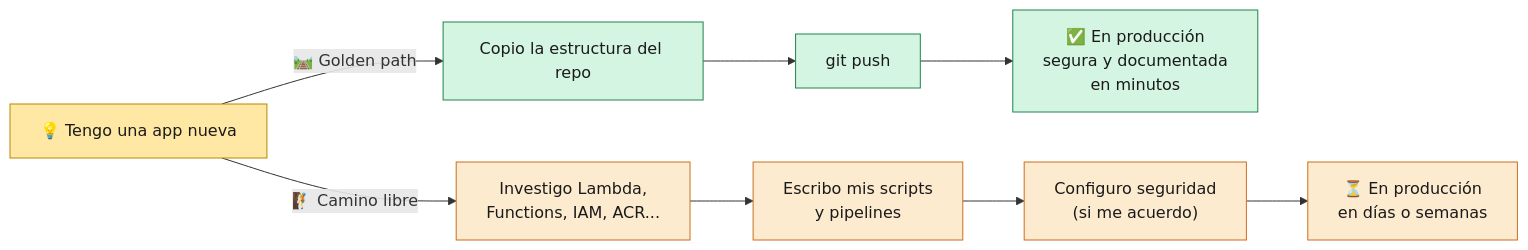
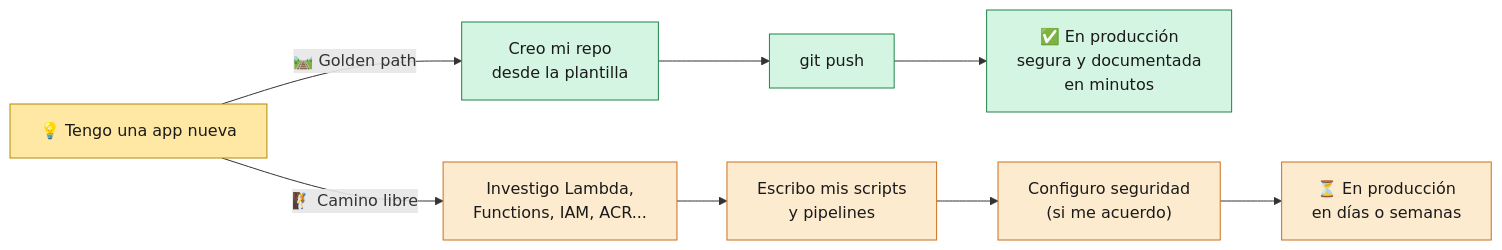
Before and after one commit to yembertQC/Reto_Platform-Enginner_ED-Team: the third of 6 diagrams in doc/00-Ingenieria-de-Plataforma.md, drawn with Mermaid. The commit also changed other lines of this file and 5 other files, not shown here.

````diff
--- a/doc/00-Ingenieria-de-Plataforma.md
+++ b/doc/00-Ingenieria-de-Plataforma.md
@@ -100,13 +100,13 @@
 ```mermaid
 flowchart LR
     START["💡 Tengo una app nueva"]
-    START -->|"🛤️ Golden path"| GP1["Copio la estructura del repo"] --> GP2["git push"] --> GP3["✅ En producción<br/>segura y documentada<br/>en minutos"]
+    START -->|"🛤️ Golden path"| GP1["Creo mi repo<br/>desde la plantilla"] --> GP2["git push"] --> GP3["✅ En producción<br/>segura y documentada<br/>en minutos"]
     START -->|"🧗 Camino libre"| FP1["Investigo Lambda,<br/>Functions, IAM, ACR..."] --> FP2["Escribo mis scripts<br/>y pipelines"] --> FP3["Configuro seguridad<br/>(si me acuerdo)"] --> FP4["⏳ En producción<br/>en días o semanas"]
 
     classDef gp fill:#D5F5E3,stroke:#1E8449,color:#1a1a1a
     classDef fp fill:#FDEBD0,stroke:#CA6F1E,color:#1a1a1a
     classDef s fill:#FFE8A3,stroke:#B58900,color:#1a1a1a
     class START s
     class GP1,GP2,GP3 gp
     class FP1,FP2,FP3,FP4 fp
 ```
````
